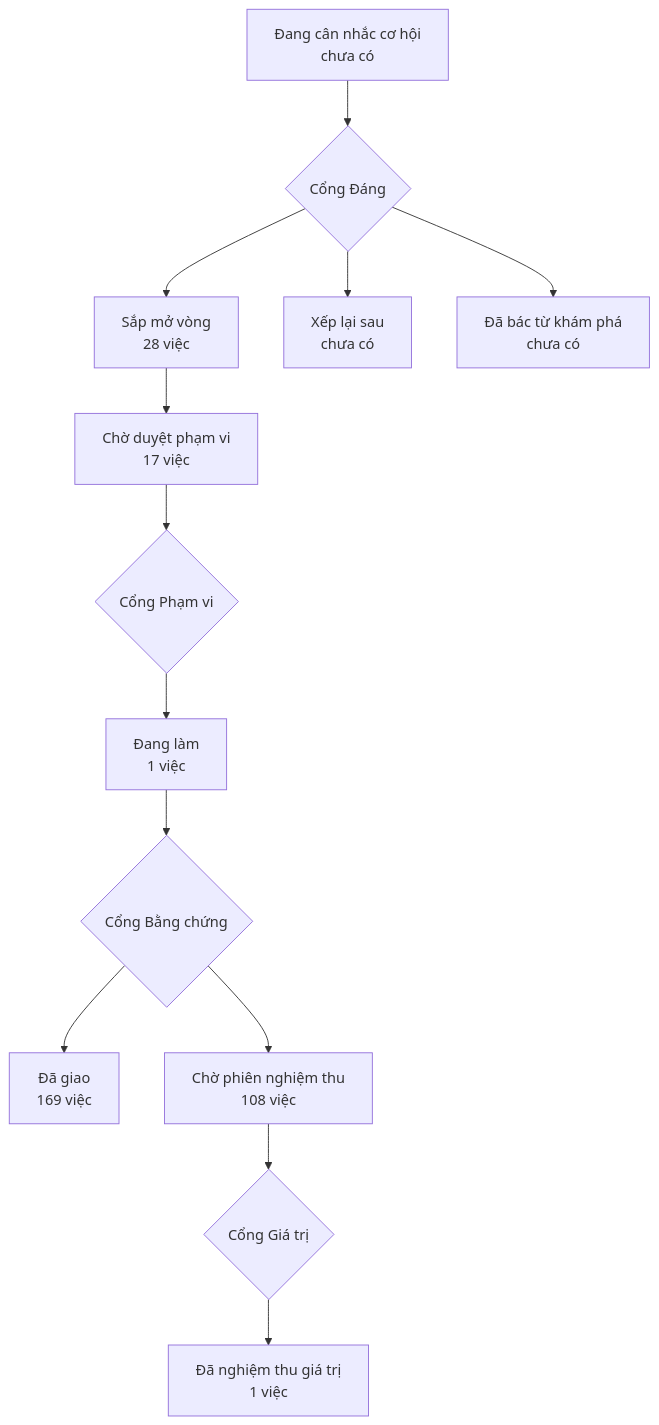
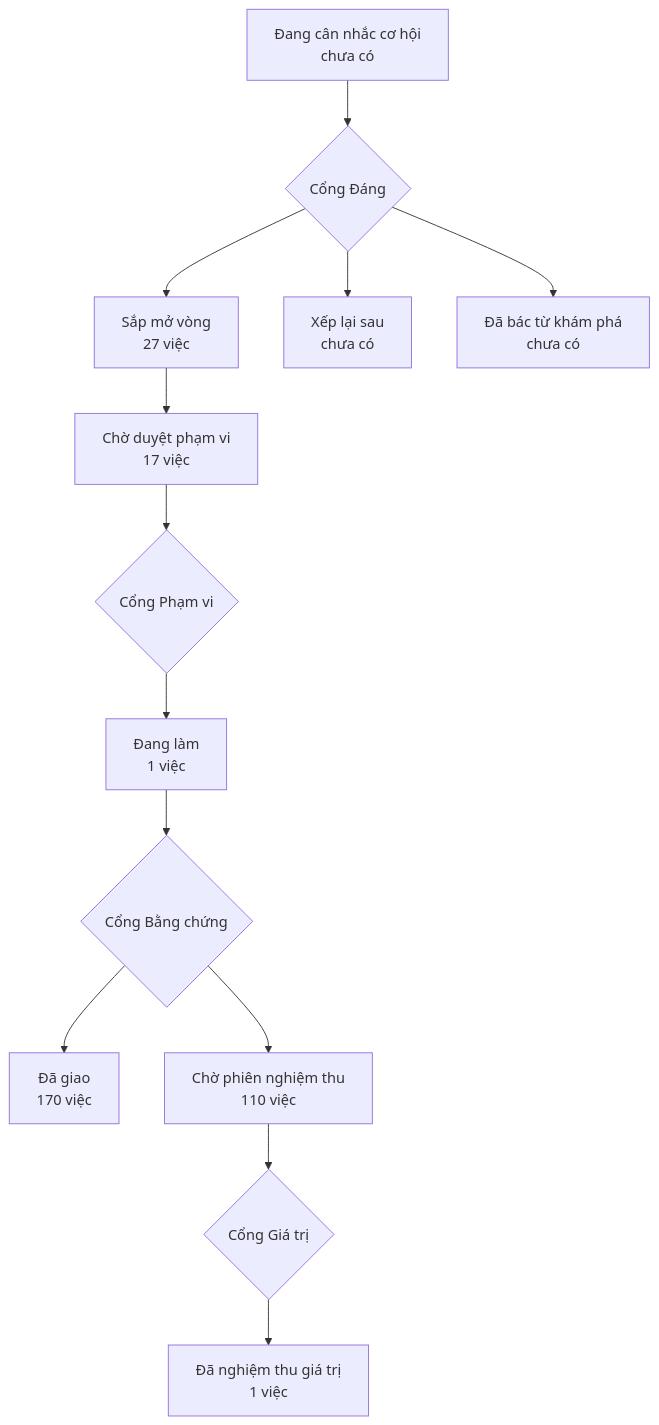
Before and after one commit to phanlemanh/onehub-invest: the diagram in PRODUCT-MAP.md, drawn with Mermaid. The commit also changed other lines of this file and 1 other file, not shown here.

Commit message:
docs: vẽ lại bản đồ sau khi gộp main

````diff
--- a/PRODUCT-MAP.md
+++ b/PRODUCT-MAP.md
@@ -7,12 +7,12 @@
 ```mermaid
 flowchart TD
   A["Đang cân nhắc cơ hội<br/>chưa có"] --> GD{"Cổng Đáng"}
-  GD --> B["Sắp mở vòng<br/>28 việc"]
+  GD --> B["Sắp mở vòng<br/>27 việc"]
   GD --> XL["Xếp lại sau<br/>chưa có"]
   GD --> DB["Đã bác từ khám phá<br/>chưa có"]
   B --> CD["Chờ duyệt phạm vi<br/>17 việc"] --> GP{"Cổng Phạm vi"}
   GP --> DL["Đang làm<br/>1 việc"] --> GB{"Cổng Bằng chứng"}
-  GB --> DG["Đã giao<br/>169 việc"]
-  GB --> CN["Chờ phiên nghiệm thu<br/>108 việc"] --> GG{"Cổng Giá trị"}
+  GB --> DG["Đã giao<br/>170 việc"]
+  GB --> CN["Chờ phiên nghiệm thu<br/>110 việc"] --> GG{"Cổng Giá trị"}
   GG --> NT["Đã nghiệm thu giá trị<br/>1 việc"]
 ```
````
